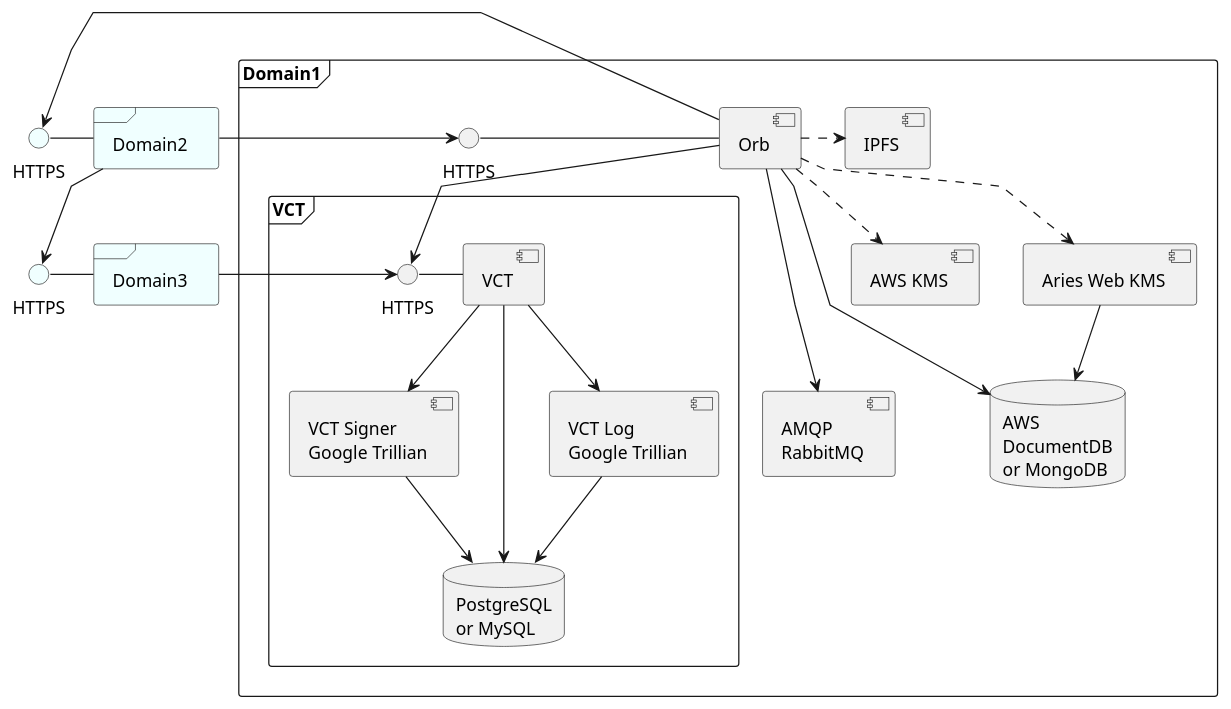
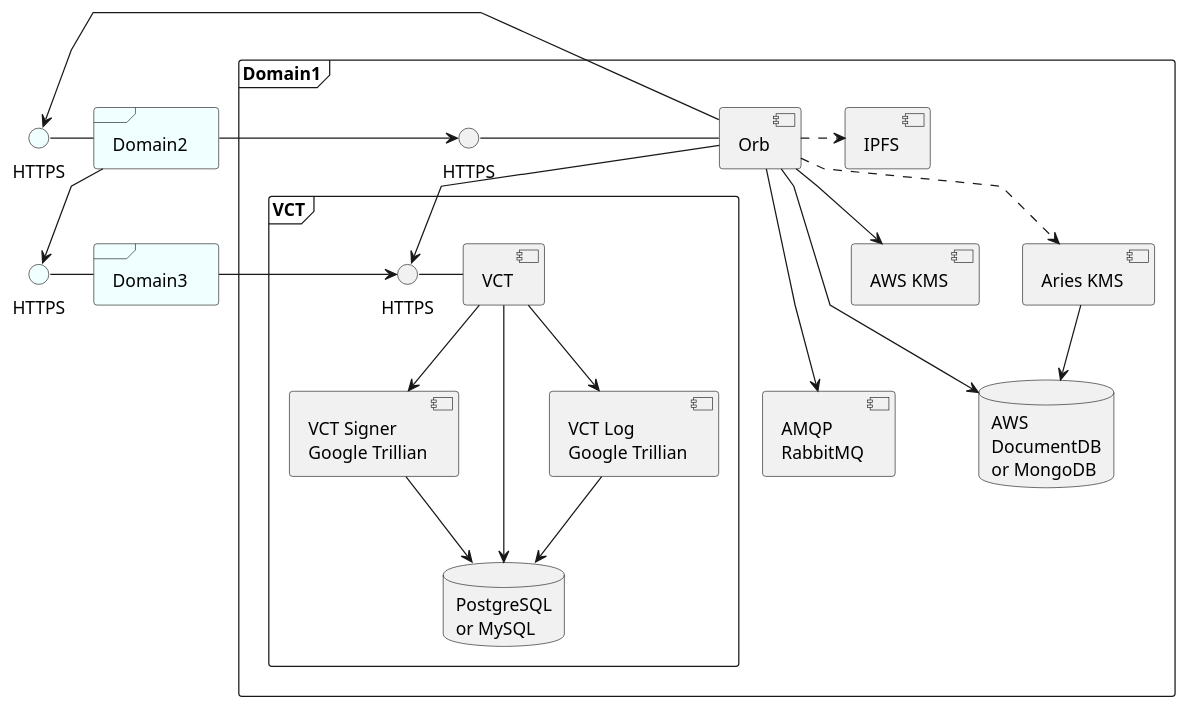
Before and after one commit to trustbloc/docs: the diagram in readthedocs/source/orb/diagrams/nodes.puml, drawn with PlantUML. The commit also changed 3 other files, not shown here.

```diff
--- a/readthedocs/source/orb/diagrams/nodes.puml
+++ b/readthedocs/source/orb/diagrams/nodes.puml
@@ -1,69 +1,69 @@
 @startuml
 'https://plantuml.com/component-diagram
 
 skinparam linetype polyline
 
 frame "Domain1" {
   database "AWS\nDocumentDB\nor MongoDB" as orbdb
 
   component "IPFS" as ipfs
   component Orb as orb1
 
   orb1 --> orbdb
 
   interface "HTTPS" as rest1
 
   orb1 -left- rest1
 
   component "AMQP\nRabbitMQ" as amqp
   component "AWS KMS" as aws_kms
-  component "Aries Web KMS" as aries_kms
+  component "Aries KMS" as aries_kms
 
-  orb1 ..> aws_kms
+  orb1 --> aws_kms
   orb1 ..> aries_kms
   orb1 ---> amqp
 
   aries_kms --> orbdb
 
   orb1 .> ipfs
 
   frame "VCT" {
     component "VCT" as vct
     component "VCT Log\nGoogle Trillian" as vct_log
 
     component "VCT Signer\nGoogle Trillian" as vct_signer
 
     database "PostgreSQL\nor MySQL" as vctdb
 
     interface "HTTPS" as vct_rest
     vct -left- vct_rest
 
     vct --> vct_log
     vct -> vct_signer
     vct -> vctdb
     vct_log --> vctdb
     vct_signer --> vctdb
   }
 
   orb1 --> vct_rest
 }
 
 frame "Domain2" as domain2 #Azure
 
 interface "HTTPS" as rest2 #Azure
 
 domain2 -left- rest2
 
 frame Domain3 as domain3 #Azure
 
 interface "HTTPS" as rest3 #Azure
 
 domain3 -left- rest3
 
 orb1 ---> rest2
 domain2 --> rest1
 domain2 --> rest3
 
 domain3 -> vct_rest
 
 @enduml
```
